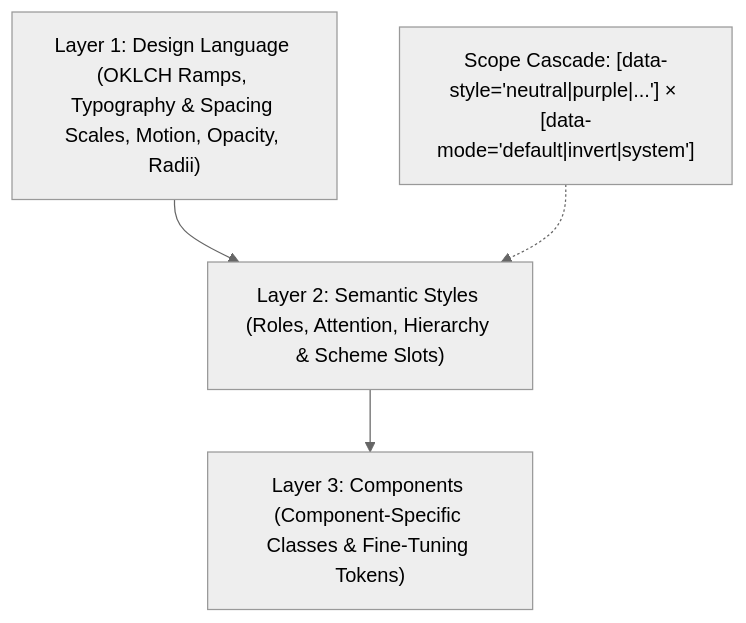
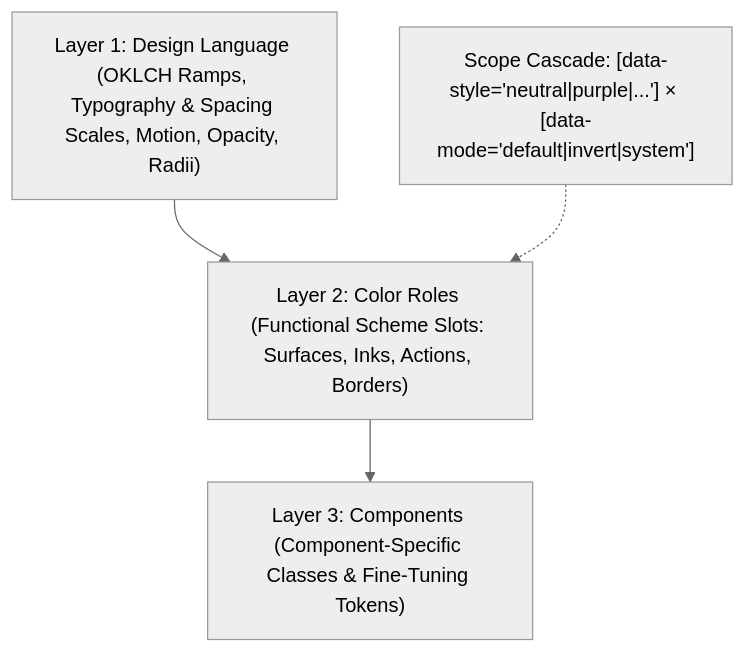
The diagram in docs/design-decisions-and-principles.md (andiihei/ahha), drawn with Mermaid (neutral theme) before and after one commit. The commit also changed other lines of this file, not shown here.

Commit message:
docs(architecture): rename Layer 2 from Semantic Styles to Color Roles

````diff
--- a/docs/design-decisions-and-principles.md
+++ b/docs/design-decisions-and-principles.md
@@ -11,6 +11,6 @@
 ```mermaid
 graph TD
-  A["Layer 1: Design Language (OKLCH Ramps, Typography & Spacing Scales, Motion, Opacity, Radii)"] --> B["Layer 2: Semantic Styles (Roles, Attention, Hierarchy & Scheme Slots)"]
+  A["Layer 1: Design Language (OKLCH Ramps, Typography & Spacing Scales, Motion, Opacity, Radii)"] --> B["Layer 2: Color Roles (Functional Scheme Slots: Surfaces, Inks, Actions, Borders)"]
   B --> C["Layer 3: Components (Component-Specific Classes & Fine-Tuning Tokens)"]
   D["Scope Cascade: [data-style='neutral|purple|...'] × [data-mode='default|invert|system']"] -.-> B
 ```
````
